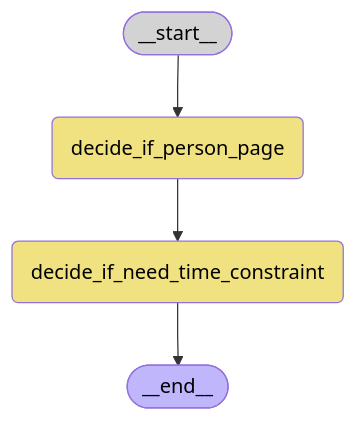
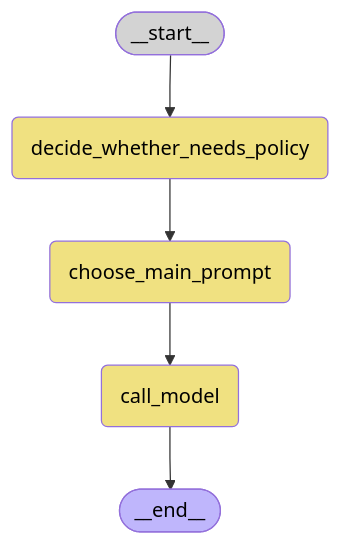
The diagram in documentation/langgraph_flowchart.md (nestauk/dsp_nesta_brain), drawn with Mermaid before and after one commit. The commit also changed other lines of this file, not shown here.

````diff
--- a/documentation/langgraph_flowchart.md
+++ b/documentation/langgraph_flowchart.md
@@ -13,14 +15,16 @@
 ```mermaid
 %%{init: {'flowchart': {'curve': 'linear'}}}%%
 graph TD;
 	__start__([<p>__start__</p>]):::first
-	decide_if_person_page(decide_if_person_page)
-	decide_if_need_time_constraint(decide_if_need_time_constraint)
+	decide_whether_needs_policy(decide_whether_needs_policy)
+	choose_main_prompt(choose_main_prompt)
+	call_model(call_model)
 	__end__([<p>__end__</p>]):::last
-	__start__ --> decide_if_person_page;
-	decide_if_need_time_constraint --> __end__;
-	decide_if_person_page --> decide_if_need_time_constraint;
+	__start__ --> decide_whether_needs_policy;
+	call_model --> __end__;
+	choose_main_prompt --> call_model;
+	decide_whether_needs_policy --> choose_main_prompt;
 	classDef default fill:#f0e181,line-height:1.2,color:black
 	classDef first fill:lightgrey
 	classDef last fill:#bfb6fc
 ```
````
